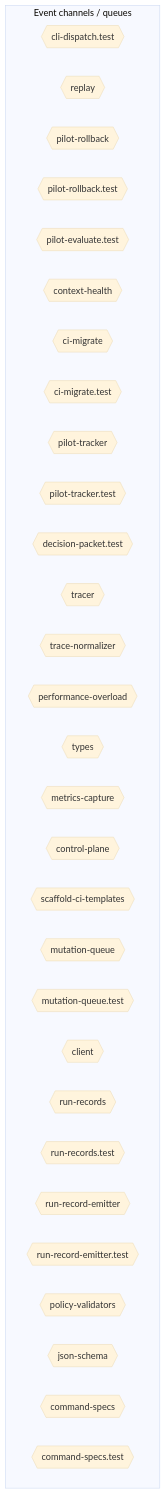
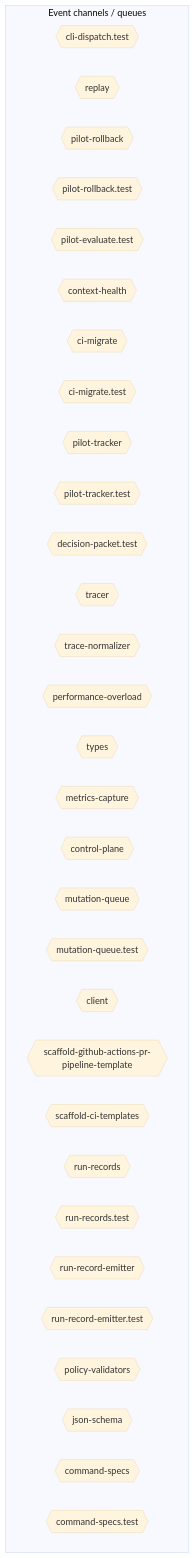
The sixth of 10 diagrams in AI/context/diagram-context.md (jscraik/coding-harness), drawn with Mermaid (base theme) before and after one commit. The commit also changed other lines of this file and 5 other files, not shown here.

First line of the commit message:
refactor(init): extract GitHub Actions PR pipeline renderer

````diff
--- a/AI/context/diagram-context.md
+++ b/AI/context/diagram-context.md
@@ -2048,36 +2052,37 @@
 ```mermaid
 flowchart TD
   subgraph Channels["Event channels / queues"]
     cli_dispatch_test_54c9f17b{{"cli-dispatch.test"}}
     replay_ac203c98{{"replay"}}
     pilot_rollback_00c1f82c{{"pilot-rollback"}}
     pilot_rollback_test_e61d5a2b{{"pilot-rollback.test"}}
     pilot_evaluate_test_a2ac06fc{{"pilot-evaluate.test"}}
     context_health_80bb7da9{{"context-health"}}
     ci_migrate_78bb70b1{{"ci-migrate"}}
     ci_migrate_test_2a015bb9{{"ci-migrate.test"}}
     pilot_tracker_5c767813{{"pilot-tracker"}}
     pilot_tracker_test_80398a66{{"pilot-tracker.test"}}
     decision_packet_test_9ea0e97b{{"decision-packet.test"}}
     tracer_1e6243a2{{"tracer"}}
     trace_normalizer_cb1be1d2{{"trace-normalizer"}}
     performance_overload_c685bfcf{{"performance-overload"}}
     types_9_1db4641f{{"types"}}
     metrics_capture_1d1a2c08{{"metrics-capture"}}
     control_plane_96826665{{"control-plane"}}
-    scaffold_ci_templates_2afd6392{{"scaffold-ci-templates"}}
     mutation_queue_ce5a530e{{"mutation-queue"}}
     mutation_queue_test_10b599e8{{"mutation-queue.test"}}
     client_1_914e1681{{"client"}}
+    scaffold_github_actions_pr_pipeline_template_e2b85f62{{"scaffold-github-actions-pr-pipeline-template"}}
+    scaffold_ci_templates_2afd6392{{"scaffold-ci-templates"}}
     run_records_f616aa7c{{"run-records"}}
     run_records_test_3ee6a0e3{{"run-records.test"}}
     run_record_emitter_00168a3a{{"run-record-emitter"}}
     run_record_emitter_test_5475c0da{{"run-record-emitter.test"}}
     policy_validators_6682e192{{"policy-validators"}}
     json_schema_74a768d7{{"json-schema"}}
     command_specs_69167c63{{"command-specs"}}
     command_specs_test_7f693e85{{"command-specs.test"}}
   end
   classDef eventNode fill:#db2777,color:#fff
 
 ```
````
